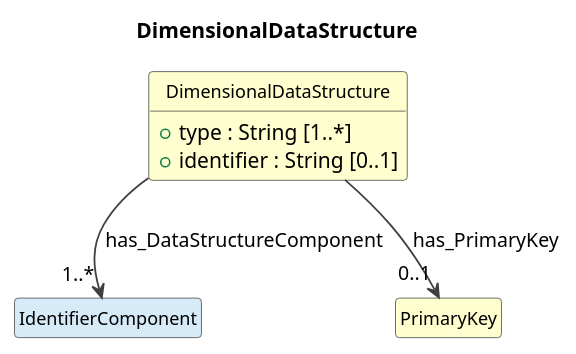
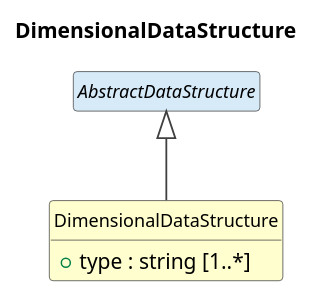
Before and after one commit to Cross-Domain-Interoperability-Framework/metadataBuildingBlocks: the diagram in cdif-uml-model/cdifDataStructure/Classes/DimensionalDataStructure.pu, drawn with PlantUML. The commit also changed 636 other files, not shown here.

First line of the commit message:
cdif-uml-model: regen for cdifDataStructure split (module + composites)

```diff
--- a/cdif-uml-model/cdifDataStructure/Classes/DimensionalDataStructure.pu
+++ b/cdif-uml-model/cdifDataStructure/Classes/DimensionalDataStructure.pu
@@ -1,24 +1,19 @@
 @startuml
 title DimensionalDataStructure
 hide circle
 hide empty members
 skinparam shadowing false
 skinparam ArrowThickness 1.2
 skinparam class {
   ArrowColor #404040
   BorderColor #404040
   FontSize 12
 }
 
 class "DimensionalDataStructure" as DimensionalDataStructure #FEFECE {
-  +type : String [1..*]
-  +identifier : String [0..1]
+  +type : string [1..*]
 }
+abstract class "AbstractDataStructure" as AbstractDataStructure #D6EAF8
+AbstractDataStructure <|-- DimensionalDataStructure
 
-class "IdentifierComponent" as IdentifierComponent #D6EAF8
-
-class "PrimaryKey" as PrimaryKey #FEFECE
-
-DimensionalDataStructure --> "1..*" IdentifierComponent : has_DataStructureComponent
-DimensionalDataStructure --> "0..1" PrimaryKey : has_PrimaryKey
 @enduml
```
